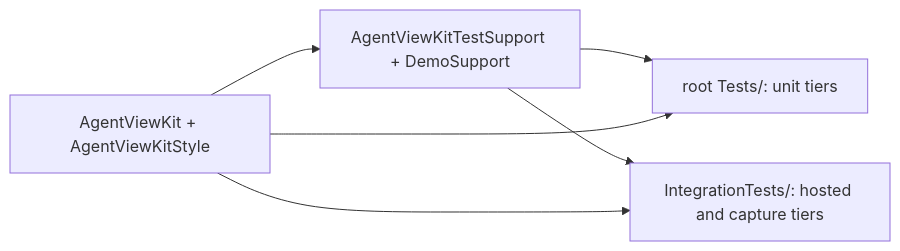
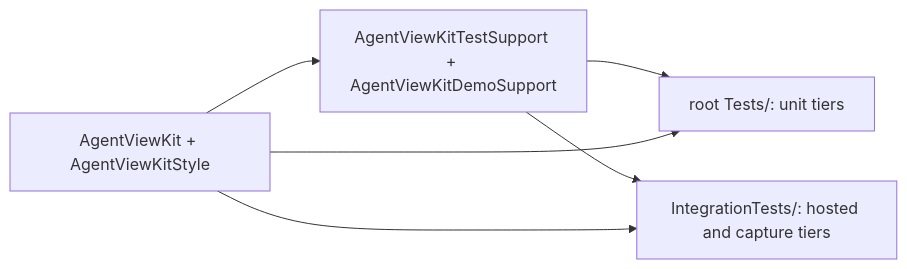
The second of 2 diagrams in ARCHITECTURE.md (swissarmyhammer/AgentViewKit), drawn with Mermaid before and after one commit. The commit also changed other lines of this file and 56 other files, not shown here.

Commit message:
refactor(build)!: DemoSupport becomes AgentViewKitDemoSupport, so the kits' demo targets don't clash in one package graph (KanbanViewKit request)

````diff
--- a/ARCHITECTURE.md
+++ b/ARCHITECTURE.md
@@ -70,8 +70,8 @@
 ```mermaid
 flowchart LR
-  Kit[AgentViewKit + AgentViewKitStyle] --> Support[AgentViewKitTestSupport + DemoSupport]
+  Kit[AgentViewKit + AgentViewKitStyle] --> Support[AgentViewKitTestSupport + AgentViewKitDemoSupport]
   Support --> Unit[root Tests/: unit tiers]
   Support --> Integration[IntegrationTests/: hosted and capture tiers]
   Kit --> Unit
   Kit --> Integration
 ```
````
